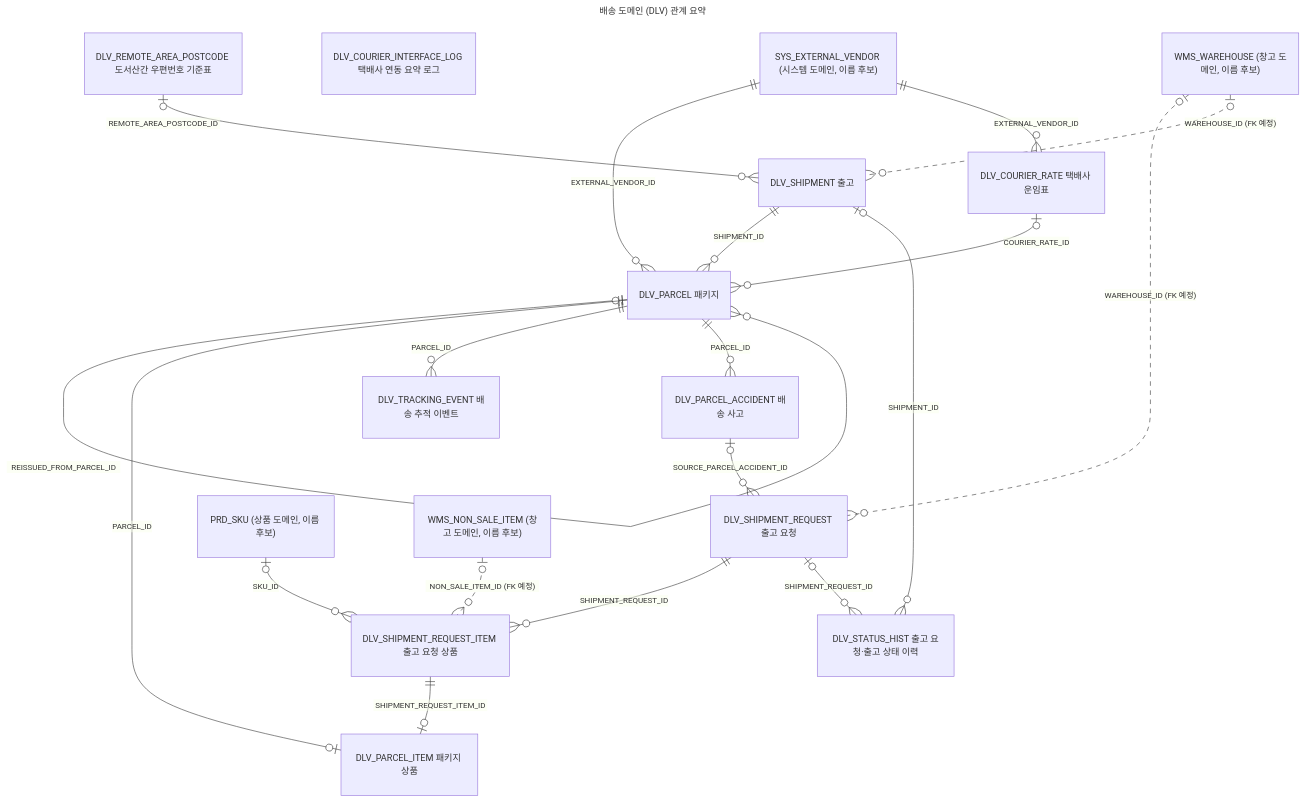
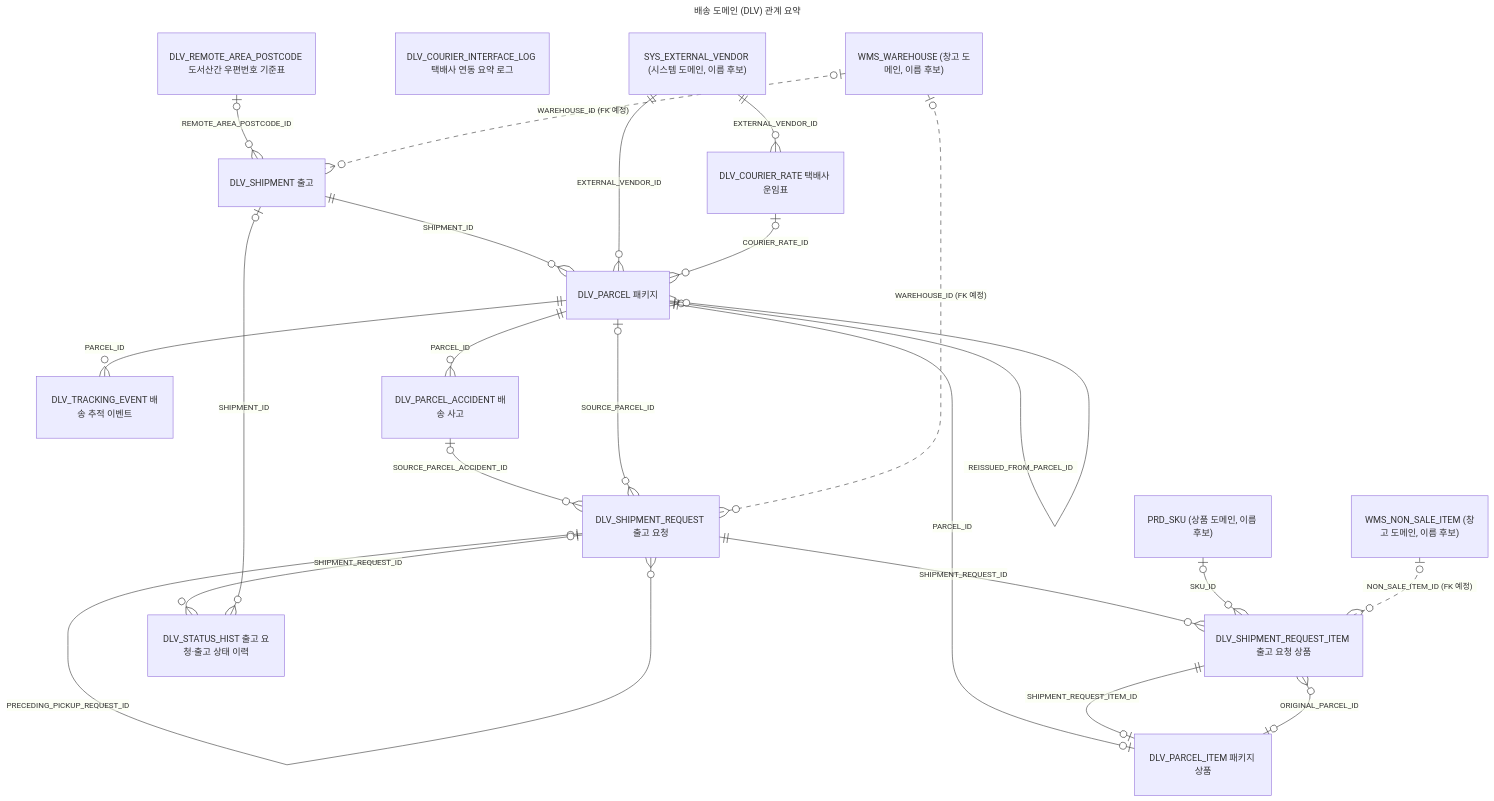
Before and after one commit to hotshin24/OnlineStorePortfolio2: the diagram in docs/mmd/배송_DLV_관계요약.mmd, drawn with Mermaid. The commit also changed 56 other files, not shown here.

```diff
--- a/docs/mmd/배송_DLV_관계요약.mmd
+++ b/docs/mmd/배송_DLV_관계요약.mmd
@@ -1,63 +1,66 @@
 ---
 title: 배송 도메인 (DLV) 관계 요약
 ---
 %% 생성: tools/pdfgen/erd/erd.py → tools/pdfgen/dlv/erd_dlv.py (2026-11-27). 컬럼 없이 테이블과 관계만 그렸다. 테이블 이름은 모두 후보. FK 없이 값만 두는 참조(주문·클레임 ID, 5-1 B, 로그의 출고 요청·패키지 ID, 추적 이벤트의 정정 대상)는 그리지 않았다
 %% 표기: ||--o{ 필수 1:N, |o--o{ 선택(NULL 허용 FK) 1:N, |o..o{ FK 예정 참조(WMS 테이블이 정해지면 FK). 선 이름은 컬럼
 %% 다른 도메인 상자: 상품·시스템·창고 (모두 후보)
 erDiagram
     %% ---- 출고 요청·출고
     DLV_SHIPMENT_REQUEST["DLV_SHIPMENT_REQUEST 출고 요청"] {
     }
     DLV_SHIPMENT_REQUEST_ITEM["DLV_SHIPMENT_REQUEST_ITEM 출고 요청 상품"] {
     }
     DLV_SHIPMENT["DLV_SHIPMENT 출고"] {
     }
     %% ---- 패키지·추적·사고
     DLV_PARCEL["DLV_PARCEL 패키지"] {
     }
     DLV_PARCEL_ITEM["DLV_PARCEL_ITEM 패키지 상품"] {
     }
     DLV_TRACKING_EVENT["DLV_TRACKING_EVENT 배송 추적 이벤트"] {
     }
     DLV_PARCEL_ACCIDENT["DLV_PARCEL_ACCIDENT 배송 사고"] {
     }
     %% ---- 이력
     DLV_STATUS_HIST["DLV_STATUS_HIST 출고 요청·출고 상태 이력"] {
     }
     %% ---- 기준 데이터
     DLV_COURIER_RATE["DLV_COURIER_RATE 택배사 운임표"] {
     }
     DLV_REMOTE_AREA_POSTCODE["DLV_REMOTE_AREA_POSTCODE 도서산간 우편번호 기준표"] {
     }
     %% ---- 연동
     DLV_COURIER_INTERFACE_LOG["DLV_COURIER_INTERFACE_LOG 택배사 연동 요약 로그"] {
     }
     %% ---- 다른 도메인
     PRD_SKU["PRD_SKU (상품 도메인, 이름 후보)"] {
     }
     SYS_EXTERNAL_VENDOR["SYS_EXTERNAL_VENDOR (시스템 도메인, 이름 후보)"] {
     }
     WMS_NON_SALE_ITEM["WMS_NON_SALE_ITEM (창고 도메인, 이름 후보)"] {
     }
     WMS_WAREHOUSE["WMS_WAREHOUSE (창고 도메인, 이름 후보)"] {
     }
     %% ---- 관계
     DLV_PARCEL_ACCIDENT |o--o{ DLV_SHIPMENT_REQUEST : "SOURCE_PARCEL_ACCIDENT_ID"
+    DLV_PARCEL |o--o{ DLV_SHIPMENT_REQUEST : "SOURCE_PARCEL_ID"
+    DLV_SHIPMENT_REQUEST |o--o{ DLV_SHIPMENT_REQUEST : "PRECEDING_PICKUP_REQUEST_ID"
     DLV_SHIPMENT_REQUEST ||--o{ DLV_SHIPMENT_REQUEST_ITEM : "SHIPMENT_REQUEST_ID"
+    DLV_PARCEL_ITEM |o--o{ DLV_SHIPMENT_REQUEST_ITEM : "ORIGINAL_PARCEL_ID"
     PRD_SKU |o--o{ DLV_SHIPMENT_REQUEST_ITEM : "SKU_ID"
     DLV_REMOTE_AREA_POSTCODE |o--o{ DLV_SHIPMENT : "REMOTE_AREA_POSTCODE_ID"
     DLV_SHIPMENT ||--o{ DLV_PARCEL : "SHIPMENT_ID"
     SYS_EXTERNAL_VENDOR ||--o{ DLV_PARCEL : "EXTERNAL_VENDOR_ID"
     DLV_PARCEL |o--o{ DLV_PARCEL : "REISSUED_FROM_PARCEL_ID"
     DLV_COURIER_RATE |o--o{ DLV_PARCEL : "COURIER_RATE_ID"
     DLV_PARCEL ||--o| DLV_PARCEL_ITEM : "PARCEL_ID"
     DLV_SHIPMENT_REQUEST_ITEM ||--o| DLV_PARCEL_ITEM : "SHIPMENT_REQUEST_ITEM_ID"
     DLV_PARCEL ||--o{ DLV_TRACKING_EVENT : "PARCEL_ID"
     DLV_PARCEL ||--o{ DLV_PARCEL_ACCIDENT : "PARCEL_ID"
     DLV_SHIPMENT_REQUEST |o--o{ DLV_STATUS_HIST : "SHIPMENT_REQUEST_ID"
     DLV_SHIPMENT |o--o{ DLV_STATUS_HIST : "SHIPMENT_ID"
     SYS_EXTERNAL_VENDOR ||--o{ DLV_COURIER_RATE : "EXTERNAL_VENDOR_ID"
     %% ---- FK 예정 참조
     WMS_WAREHOUSE |o..o{ DLV_SHIPMENT_REQUEST : "WAREHOUSE_ID (FK 예정)"
     WMS_WAREHOUSE |o..o{ DLV_SHIPMENT : "WAREHOUSE_ID (FK 예정)"
     WMS_NON_SALE_ITEM |o..o{ DLV_SHIPMENT_REQUEST_ITEM : "NON_SALE_ITEM_ID (FK 예정)"
```
